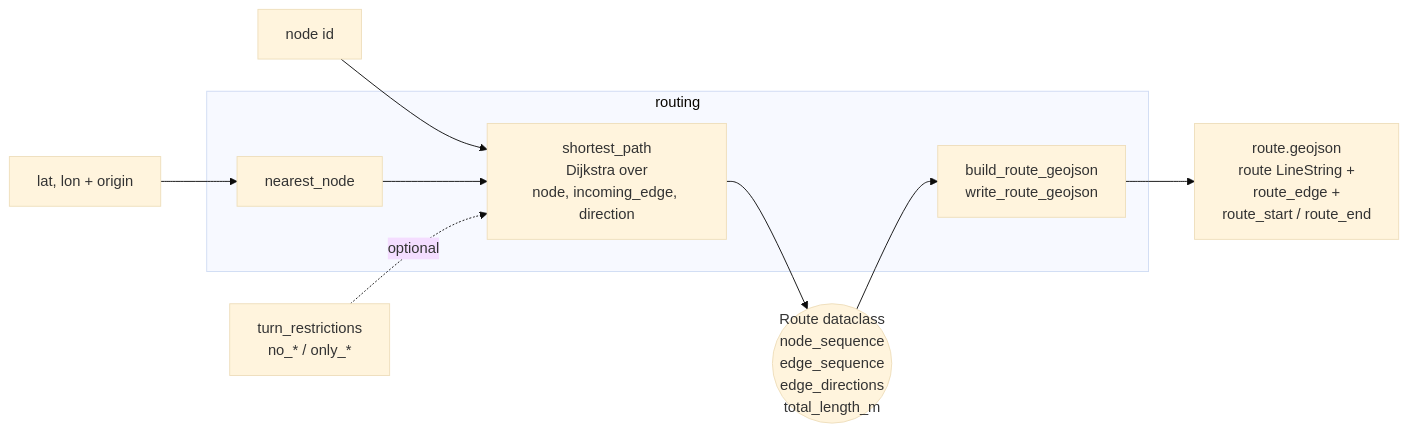
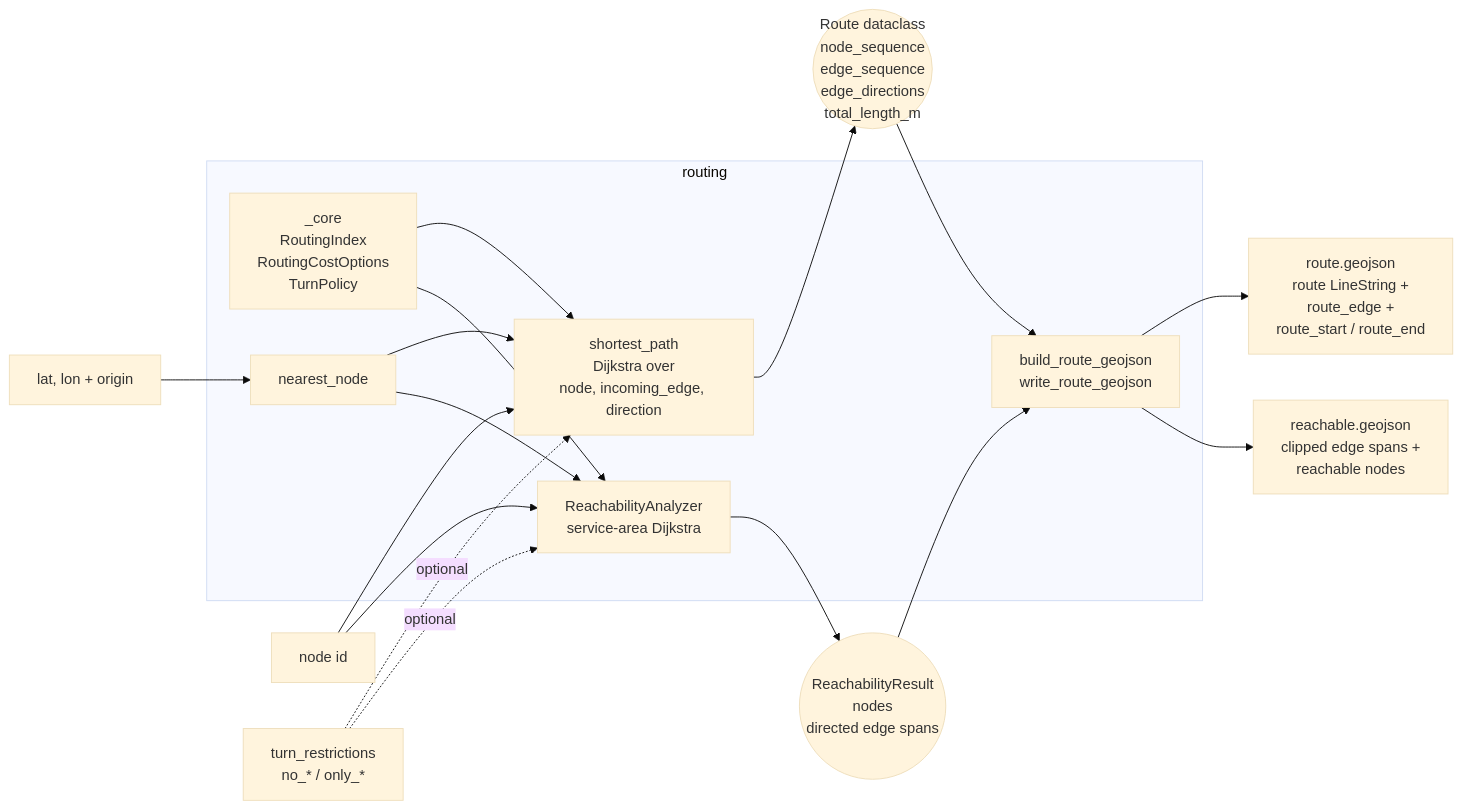
The fifth of 6 diagrams in docs/ARCHITECTURE.md (rsasaki0109/roadgraph_builder), drawn with Mermaid (base theme) before and after one commit. The commit also changed other lines of this file and 6 other files, not shown here.

First line of the commit message:
refactor: share routing search core

````diff
--- a/docs/ARCHITECTURE.md
+++ b/docs/ARCHITECTURE.md
@@ -282,14 +284,23 @@
 ```mermaid
 flowchart LR
     subgraph routing
+        CORE[_core<br/>RoutingIndex<br/>RoutingCostOptions<br/>TurnPolicy]
         SP[shortest_path<br/>Dijkstra over<br/>node, incoming_edge, direction]
+        RA[ReachabilityAnalyzer<br/>service-area Dijkstra]
         NN[nearest_node]
         RGJ[build_route_geojson<br/>write_route_geojson]
     end
 
+    CORE --> SP
+    CORE --> RA
     N[node id] --> SP
+    N --> RA
     LL[lat, lon + origin] --> NN --> SP
+    NN --> RA
     TR[turn_restrictions<br/>no_* / only_*] -.optional.-> SP
+    TR -.optional.-> RA
     SP --> Route((Route dataclass<br/>node_sequence<br/>edge_sequence<br/>edge_directions<br/>total_length_m))
+    RA --> Reach((ReachabilityResult<br/>nodes<br/>directed edge spans))
     Route --> RGJ --> GJ[route.geojson<br/>route LineString +<br/>route_edge +<br/>route_start / route_end]
+    Reach --> RGJ --> RG[reachable.geojson<br/>clipped edge spans +<br/>reachable nodes]
 ```
````
